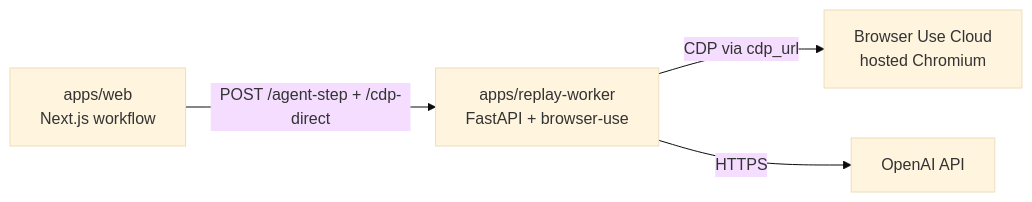
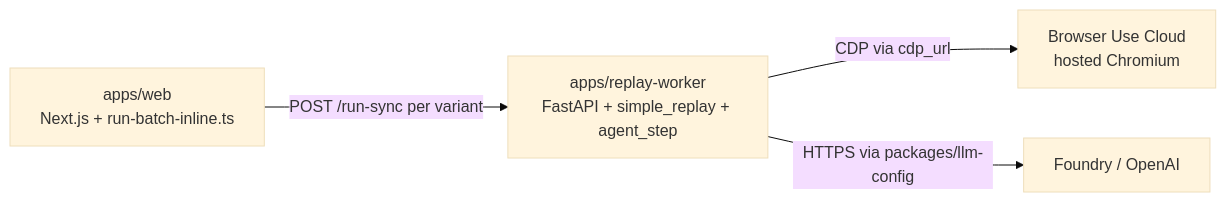
The first of 2 diagrams in docs/v3/LLD.md (RushikeshTammewar/flowlens), drawn with Mermaid (base theme) before and after one commit. The commit also changed other lines of this file, not shown here.

````diff
--- a/docs/v3/LLD.md
+++ b/docs/v3/LLD.md
@@ -701,6 +1112,6 @@
 ```mermaid
 flowchart LR
-    Web[apps/web<br/>Next.js workflow] -->|POST /agent-step + /cdp-direct| Worker[apps/replay-worker<br/>FastAPI + browser-use]
+    Web[apps/web<br/>Next.js + run-batch-inline.ts] -->|POST /run-sync per variant| Worker[apps/replay-worker<br/>FastAPI + simple_replay + agent_step]
     Worker -->|CDP via cdp_url| BU[Browser Use Cloud<br/>hosted Chromium]
-    Worker -->|HTTPS| OAI[OpenAI API]
+    Worker -->|HTTPS via packages/llm-config| LLM[Foundry / OpenAI]
 ```
````
